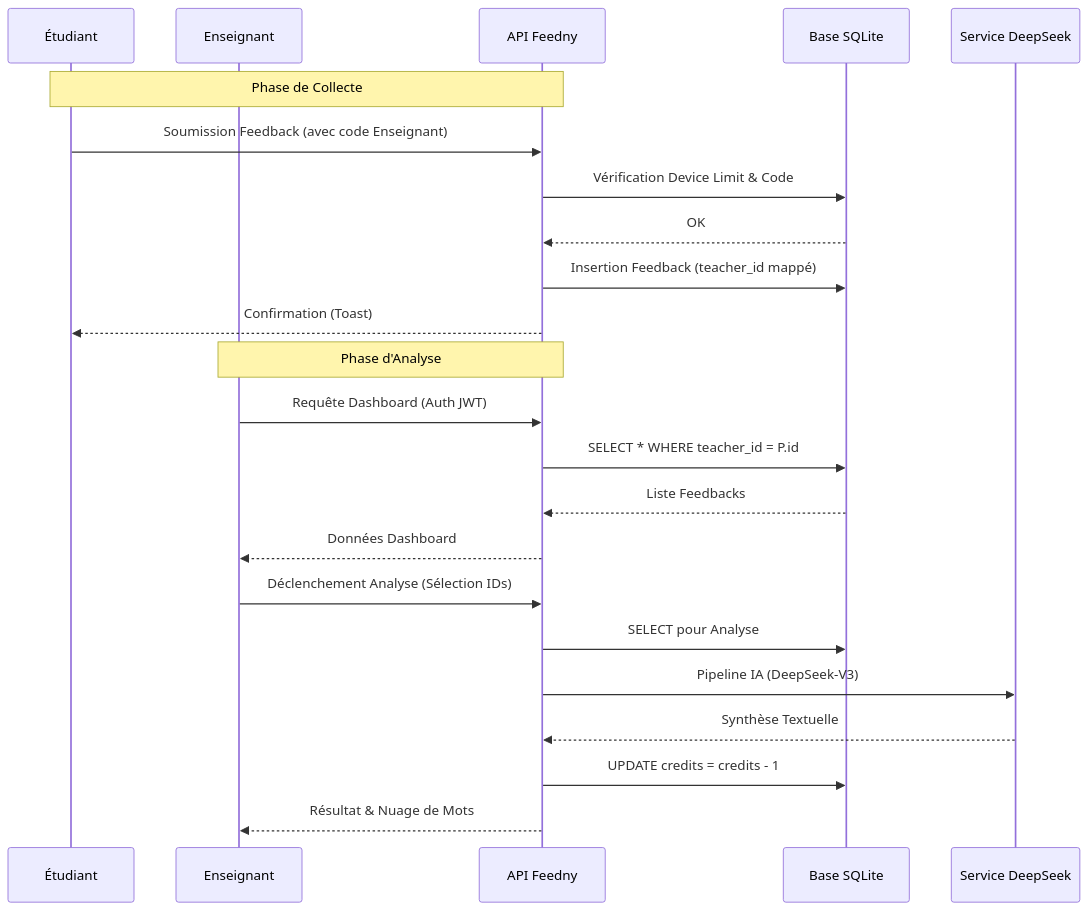
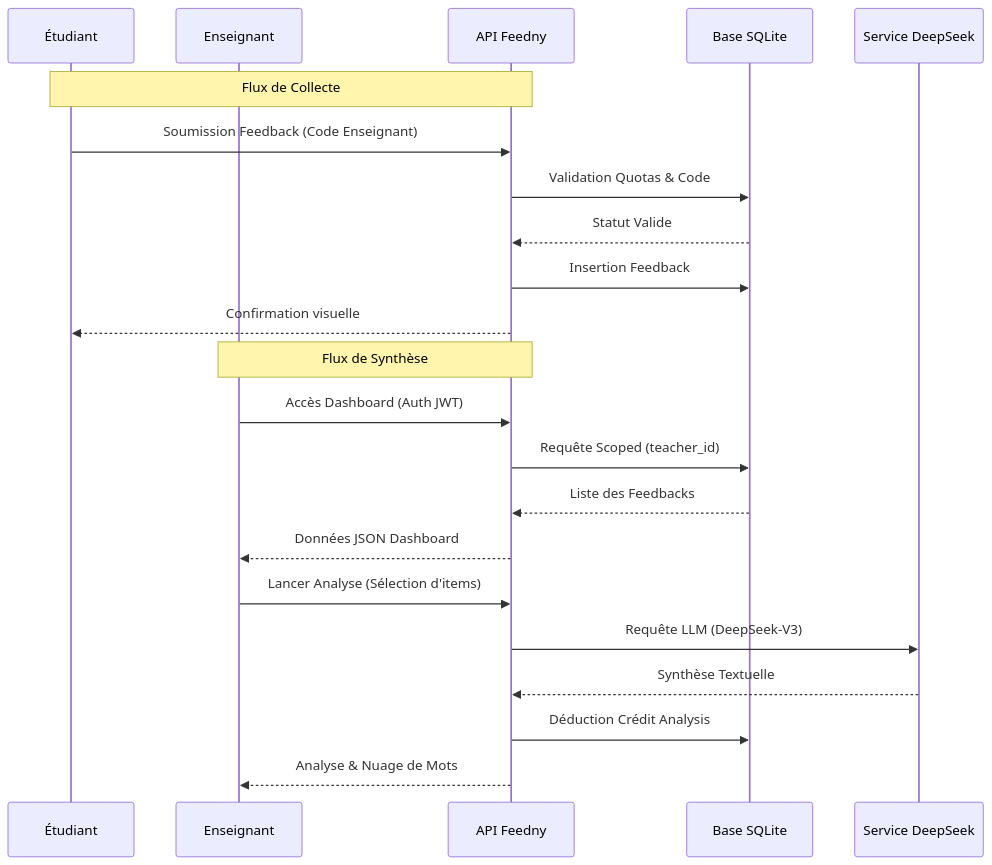
The third of 8 diagrams in README.md (mohamedhousniphd/feedny), drawn with Mermaid before and after one commit. The commit also changed other lines of this file, not shown here.

Commit message:
docs: Corriger les erreurs Mermaid et expansion majeure du mémoire (5+ schémas UML/Système)

````diff
--- a/README.md
+++ b/README.md
@@ -125,27 +137,26 @@
 ```mermaid
 sequenceDiagram
     participant S as Étudiant
     participant P as Enseignant
     participant A as API Feedny
     participant DB as Base SQLite
     participant AI as Service DeepSeek
     
-    Note over S,A: Phase de Collecte
-    S->>A: Soumission Feedback (avec code Enseignant)
-    A->>DB: Vérification Device Limit & Code
-    DB-->>A: OK
-    A->>DB: Insertion Feedback (teacher_id mappé)
-    A-->>S: Confirmation (Toast)
+    Note over S,A: Flux de Collecte
+    S->>A: Soumission Feedback (Code Enseignant)
+    A->>DB: Validation Quotas & Code
+    DB-->>A: Statut Valide
+    A->>DB: Insertion Feedback
+    A-->>S: Confirmation visuelle
     
-    Note over P,A: Phase d'Analyse
-    P->>A: Requête Dashboard (Auth JWT)
-    A->>DB: SELECT * WHERE teacher_id = P.id
-    DB-->>A: Liste Feedbacks
-    A-->>P: Données Dashboard
-    P->>A: Déclenchement Analyse (Sélection IDs)
-    A->>DB: SELECT pour Analyse
-    A->>AI: Pipeline IA (DeepSeek-V3)
+    Note over P,A: Flux de Synthèse
+    P->>A: Accès Dashboard (Auth JWT)
+    A->>DB: Requête Scoped (teacher_id)
+    DB-->>A: Liste des Feedbacks
+    A-->>P: Données JSON Dashboard
+    P->>A: Lancer Analyse (Sélection d'items)
+    A->>AI: Requête LLM (DeepSeek-V3)
     AI-->>A: Synthèse Textuelle
-    A->>DB: UPDATE credits = credits - 1
-    A-->>P: Résultat & Nuage de Mots
+    A->>DB: Déduction Crédit Analysis
+    A-->>P: Analyse & Nuage de Mots
 ```
````
